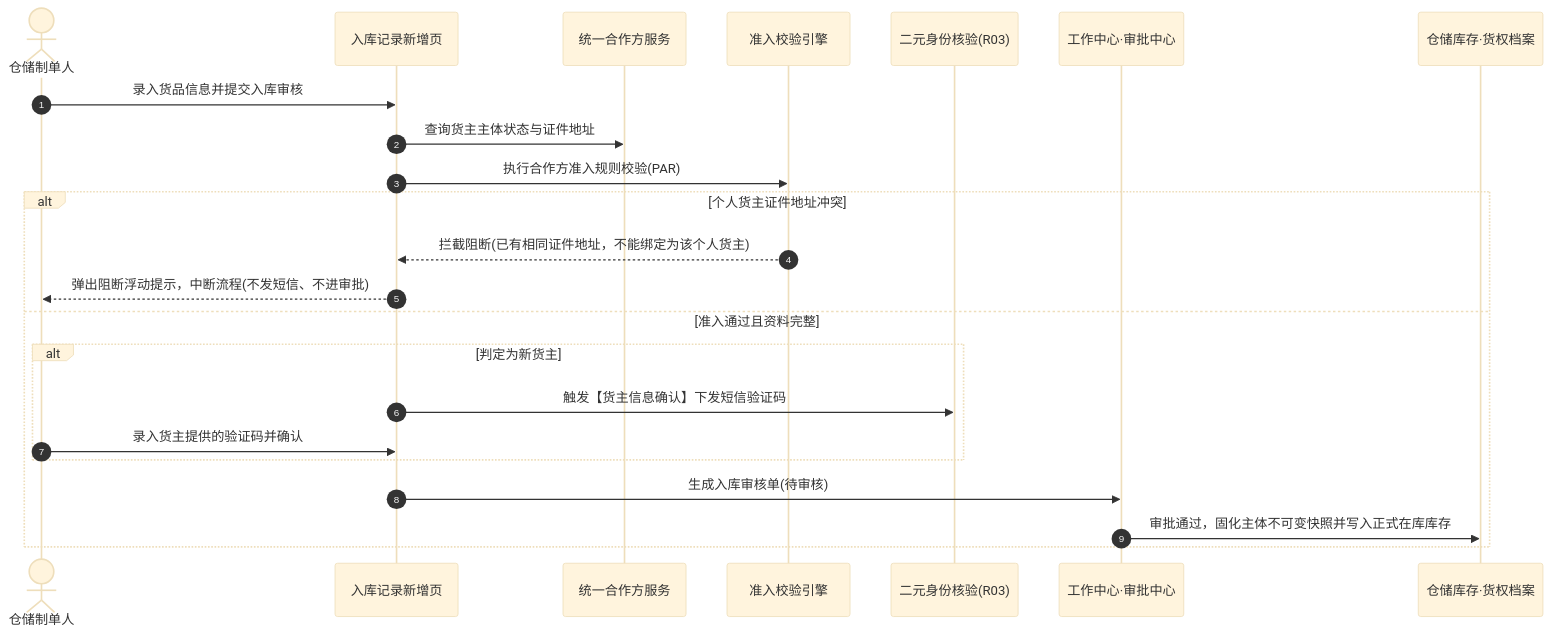
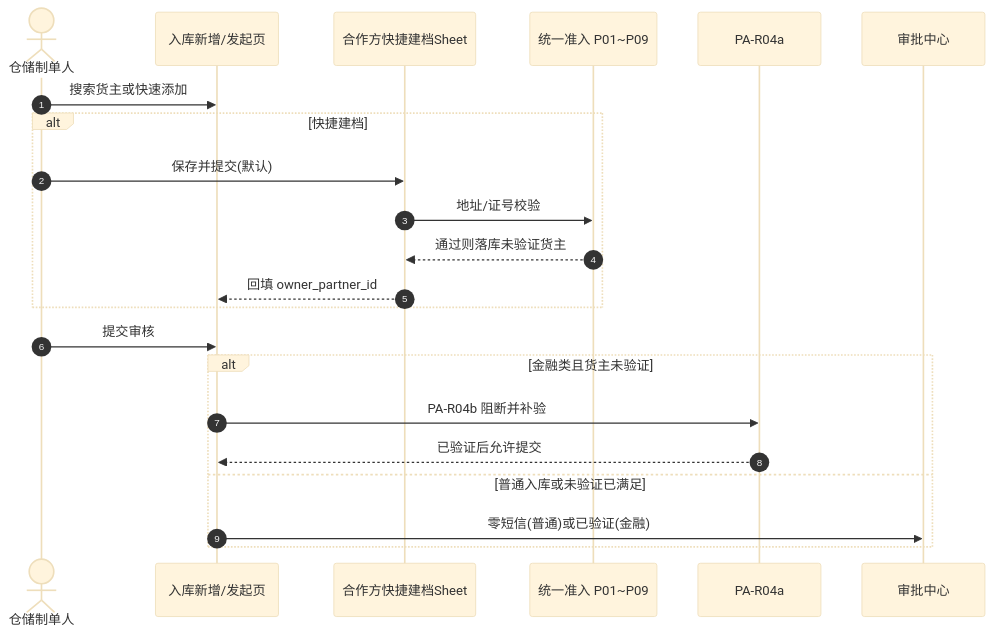
Before and after one commit to RobertHuang999/SYZC: the first of 3 diagrams in 02-PRD文档/B-迭代需求/6.3版本（2026.09）/05-存量改造与关联业务协同/合作方改造-存量业务单据协同规格.md, drawn with Mermaid (base theme). The commit also changed other lines of this file and 75 other files, not shown here.

````diff
--- a/02-PRD文档/B-迭代需求/6.3版本（2026.09）/05-存量改造与关联业务协同/合作方改造-存量业务单据协同规格.md
+++ b/02-PRD文档/B-迭代需求/6.3版本（2026.09）/05-存量改造与关联业务协同/合作方改造-存量业务单据协同规格.md
@@ -59,26 +57,25 @@
 ```mermaid
 sequenceDiagram
     autonumber
     actor 制单人 as 仓储制单人
-    participant 入库记录 as 入库记录新增页
-    participant 合作方服务 as 统一合作方服务
-    participant 准入引擎 as 准入校验引擎
-    participant 短信服务 as 二元身份核验(R03)
-    participant 审批中心 as 工作中心·审批中心
-    participant 资产中心 as 仓储库存·货权档案
+    participant 入库页 as 入库新增/发起页
+    participant 快捷建档 as 合作方快捷建档Sheet
+    participant 准入 as 统一准入 P01~P09
+    participant 短信 as PA-R04a
+    participant 审批 as 审批中心
 
-    制单人->>入库记录: 录入货品信息并提交入库审核
-    入库记录->>合作方服务: 查询货主主体状态与证件地址
-    入库记录->>准入引擎: 执行合作方准入规则校验(PAR)
-    alt 个人货主证件地址冲突
-        准入引擎-->>入库记录: 拦截阻断(已有相同证件地址，不能绑定为该个人货主)
-        入库记录-->>制单人: 弹出阻断浮动提示，中断流程(不发短信、不进审批)
-    else 准入通过且资料完整
-        alt 判定为新货主
-            入库记录->>短信服务: 触发【货主信息确认】下发短信验证码
-            制单人->>入库记录: 录入货主提供的验证码并确认
-        end
-        入库记录->>审批中心: 生成入库审核单(待审核)
-        审批中心->>资产中心: 审批通过，固化主体不可变快照并写入正式在库库存
+    制单人->>入库页: 搜索货主或快速添加
+    alt 快捷建档
+        制单人->>快捷建档: 保存并提交(默认)
+        快捷建档->>准入: 地址/证号校验
+        准入-->>快捷建档: 通过则落库未验证货主
+        快捷建档-->>入库页: 回填 owner_partner_id
+    end
+    制单人->>入库页: 提交审核
+    alt 金融类且货主未验证
+        入库页->>短信: PA-R04b 阻断并补验
+        短信-->>入库页: 已验证后允许提交
+    else 普通入库或未验证已满足
+        入库页->>审批: 零短信(普通)或已验证(金融)
     end
 ```
````
